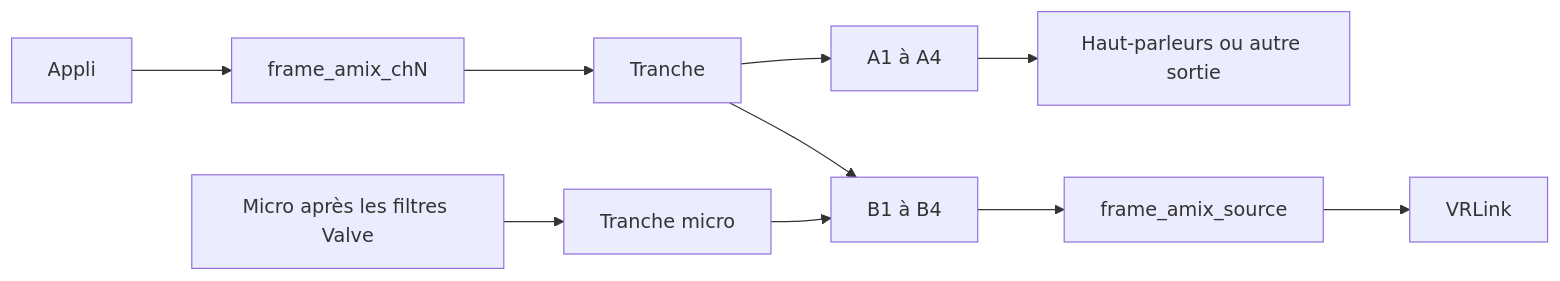
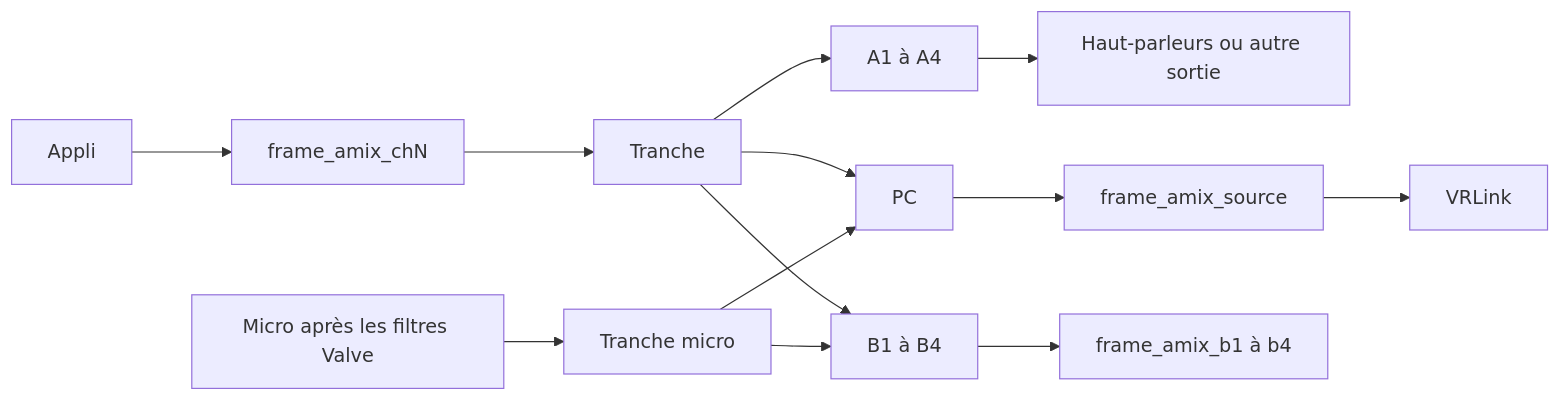
Before and after one commit to marcus-universe/frame-audio-mixer: the diagram in docs/how-it-works.fr.md, drawn with Mermaid. The commit also changed other lines of this file and 42 other files, not shown here.

````diff
--- a/docs/how-it-works.fr.md
+++ b/docs/how-it-works.fr.md
@@ -7,12 +7,15 @@
 ```mermaid
 flowchart LR
   appA[Appli] --> chSink["frame_amix_chN"]
   micSrc["Micro après les filtres Valve"] --> micStrip["Tranche micro"]
   chSink --> chStrip["Tranche"]
   chStrip --> busA["A1 à A4"]
+  chStrip --> busPc["PC"]
   chStrip --> busB["B1 à B4"]
+  micStrip --> busPc
   micStrip --> busB
   busA --> speakers["Haut-parleurs ou autre sortie"]
-  busB --> frameMix["frame_amix_source"]
+  busPc --> frameMix["frame_amix_source"]
+  busB --> virtualMics["frame_amix_b1 à b4"]
   frameMix --> vrlink["VRLink"]
 ```
````
